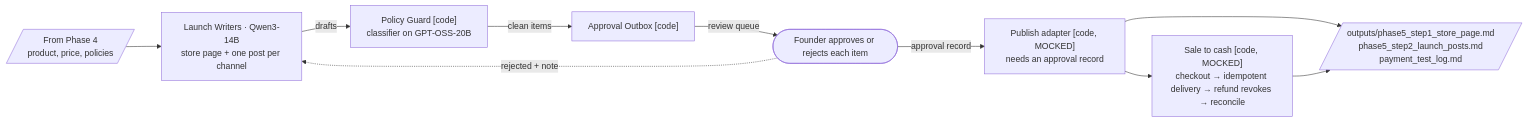
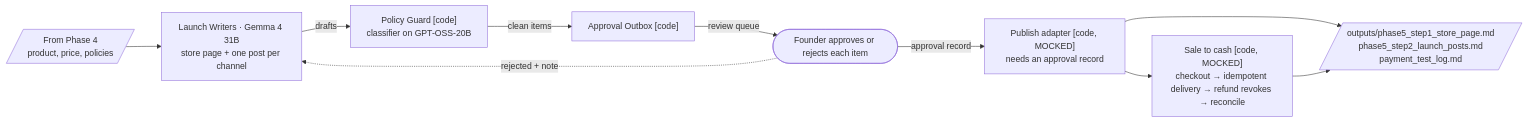
The seventh of 8 diagrams in docs/phase-workflows.md (Lotr2/sudo_win), drawn with Mermaid before and after one commit. The commit also changed other lines of this file and 15 other files, not shown here.

First line of the commit message:
Switch second model from Qwen3-14B to Gemma 4 31B on the Gemini API

````diff
--- a/docs/phase-workflows.md
+++ b/docs/phase-workflows.md
@@ -173,16 +173,16 @@
 ```mermaid
 flowchart LR
   in5[/"From Phase 4<br/>product, price, policies"/]
-  lw["Launch Writers · Qwen3-14B<br/>store page + one post per channel"]
+  lw["Launch Writers · Gemma 4 31B<br/>store page + one post per channel"]
   pg["Policy Guard [code]<br/>classifier on GPT-OSS-20B"]
   ob["Approval Outbox [code]"]
   f5(["Founder approves or rejects each item"])
   pub["Publish adapter [code, MOCKED]<br/>needs an approval record"]
   s2c["Sale to cash [code, MOCKED]<br/>checkout → idempotent delivery → refund revokes → reconcile"]
   out5[/"outputs/phase5_step1_store_page.md<br/>phase5_step2_launch_posts.md<br/>payment_test_log.md"/]
 
   in5 --> lw -->|drafts| pg -->|clean items| ob -->|review queue| f5
   f5 -.->|rejected + note| lw
   f5 -->|approval record| pub --> out5
   pub --> s2c --> out5
 ```
````
